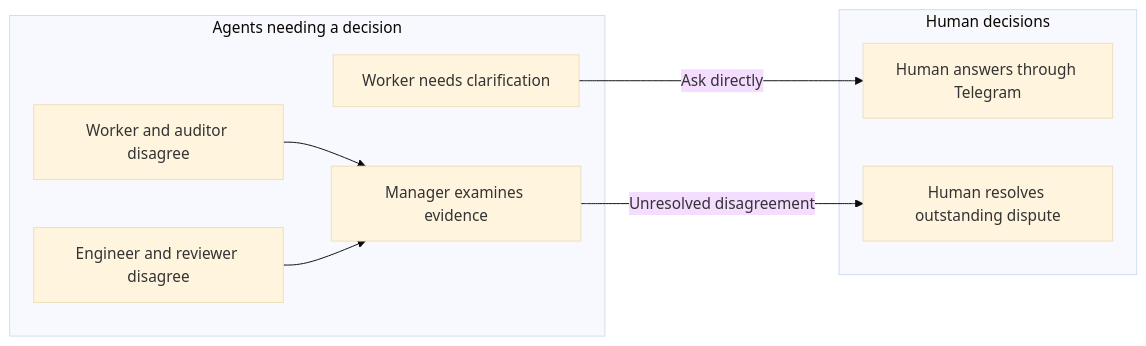
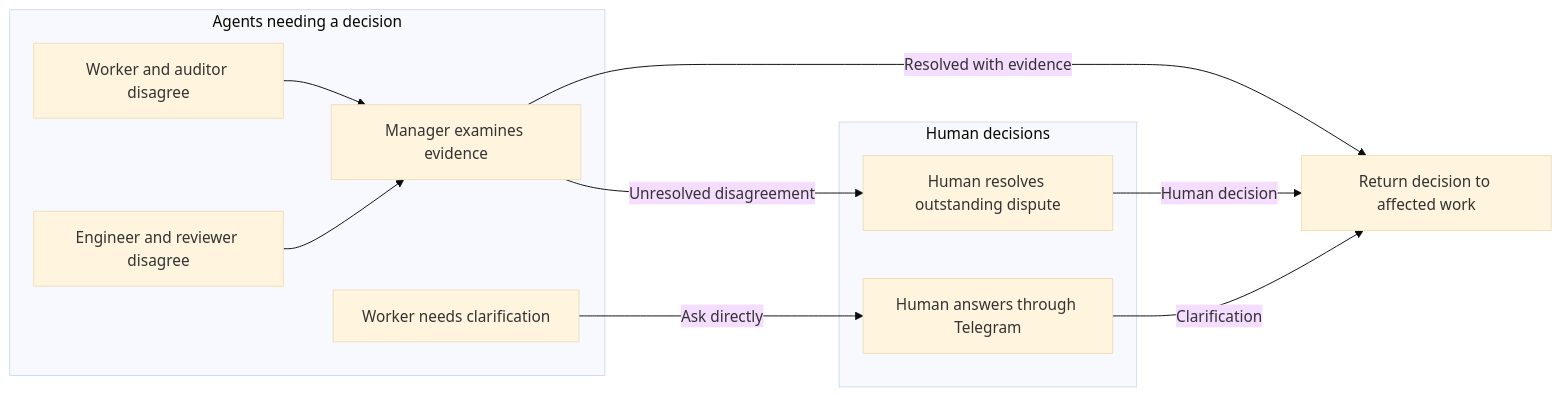
The fifth of 6 diagrams in SPEC.md (dataclique/metagenda), drawn with Mermaid (base theme) before and after one commit. The commit also changed other lines of this file, not shown here.

Commit message:
give each diagram one purpose and complete its return paths

````diff
--- a/SPEC.md
+++ b/SPEC.md
@@ -238,17 +229,20 @@
 ```mermaid
 flowchart LR
     subgraph Agents[Agents needing a decision]
         Question[Worker needs clarification]
         Dispute[Worker and auditor disagree]
         ReviewDispute[Engineer and reviewer disagree]
         Manager[Manager examines evidence]
     end
     subgraph Humans[Human decisions]
         Telegram[Human answers through Telegram]
         Final[Human resolves outstanding dispute]
     end
     Question -->|Ask directly| Telegram
     Dispute --> Manager
     Manager -->|Unresolved disagreement| Final
     ReviewDispute --> Manager
+    Manager -->|Resolved with evidence| Resume[Return decision to affected work]
+    Final -->|Human decision| Resume
+    Telegram -->|Clarification| Resume
 ```
````
